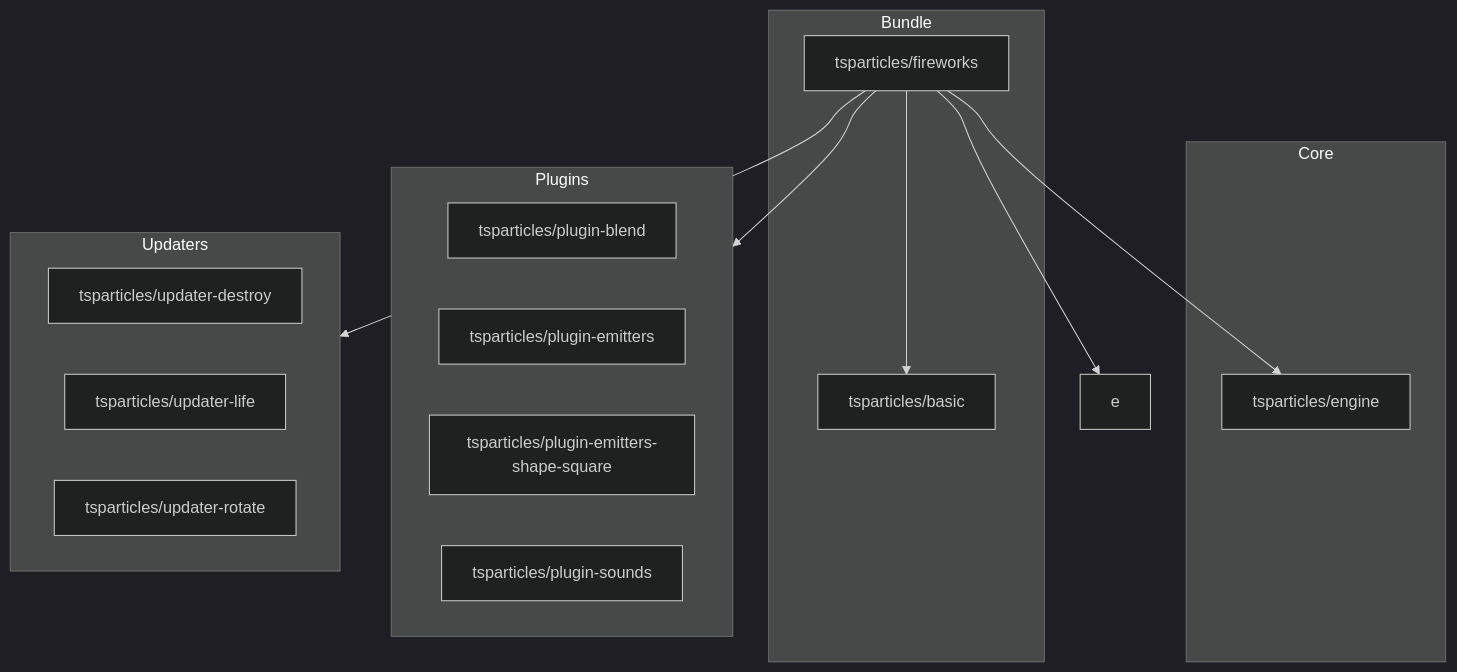
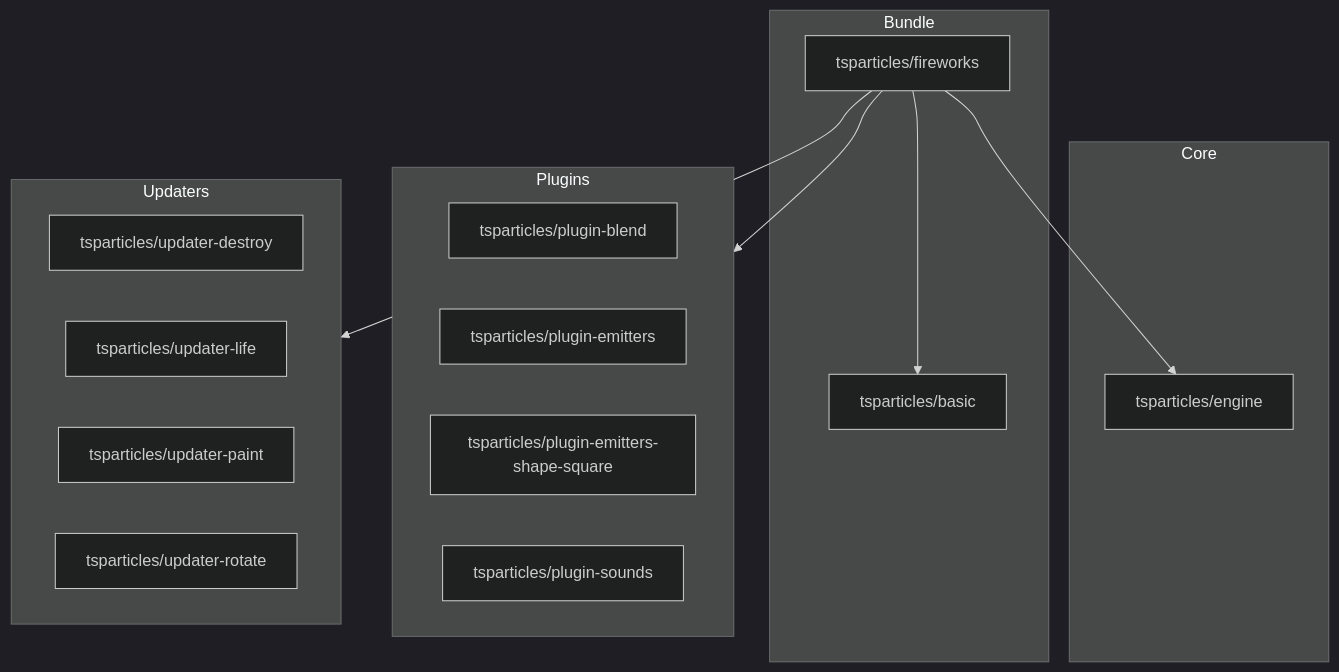
Before and after one commit to A-Archives-and-Forks/tsparticles: the diagram in bundles/fireworks/README.md, drawn with Mermaid (dark theme). The commit also changed other lines of this file and 2 other files, not shown here.

````diff
--- a/bundles/fireworks/README.md
+++ b/bundles/fireworks/README.md
@@ -24,31 +24,31 @@
 ```mermaid
 flowchart TD
 
 subgraph b [Bundle]
   bf[tsparticles/fireworks]
   bb[tsparticles/basic]
 end
 
 subgraph c [Core]
   ce[tsparticles/engine]
 end
 
 subgraph p [Plugins]
   pb[tsparticles/plugin-blend]
   pe[tsparticles/plugin-emitters]
   pess[tsparticles/plugin-emitters-shape-square]
   ps[tsparticles/plugin-sounds]
 end
 
 subgraph u [Updaters]
   ud[tsparticles/updater-destroy]
   ul[tsparticles/updater-life]
+  up[tsparticles/updater-paint]
   ur[tsparticles/updater-rotate]
 end
 
 bf --> bb
 bf --> ce
-bf --> e
 bf --> p
 bf --> u
 ```
````
